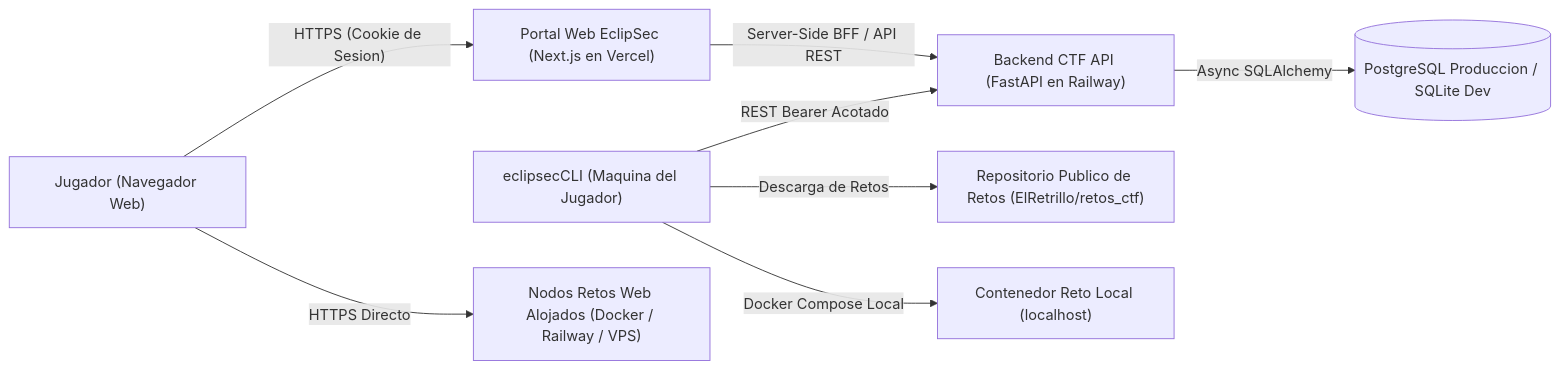
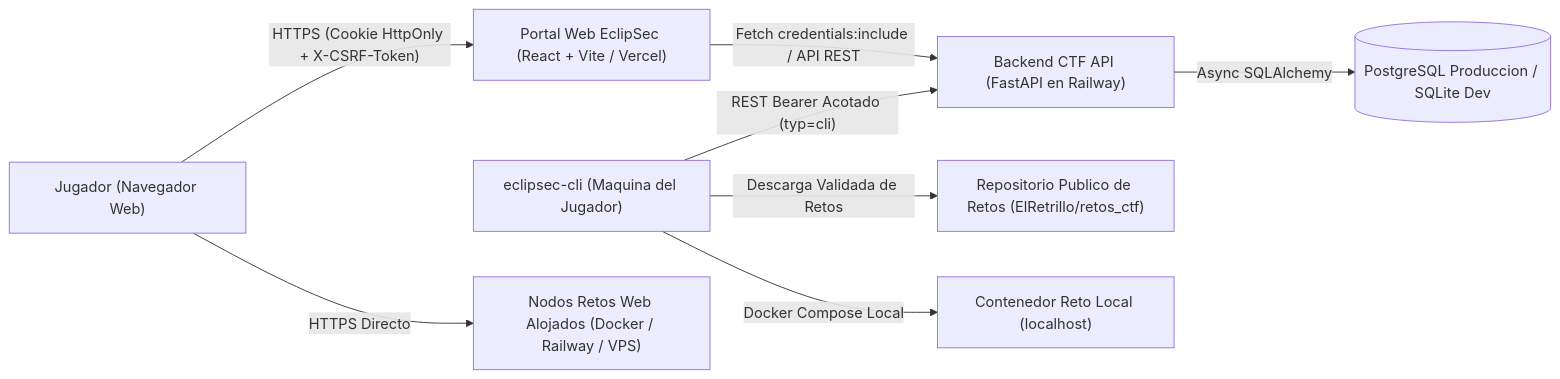
One commit to ElRetrillo/academiahacking_ucncqbo changed the first of 4 diagrams in docs/ARCHITECTURE.md. Above: the diagram before and after it, drawn with Mermaid. The commit also changed other lines of this file and 3 other files, not shown here.

Commit message:
docs(architecture,audit): documentar integracion multi-repositorio Fase 6 con frontend y CLI

````diff
--- a/docs/ARCHITECTURE.md
+++ b/docs/ARCHITECTURE.md
@@ -11,12 +11,12 @@
 ```mermaid
 flowchart LR
-    Player["Jugador (Navegador Web)"] -->|"HTTPS (Cookie de Sesion)"| Frontend["Portal Web EclipSec (Next.js en Vercel)"]
-    Frontend -->|"Server-Side BFF / API REST"| Backend["Backend CTF API (FastAPI en Railway)"]
+    Player["Jugador (Navegador Web)"] -->|"HTTPS (Cookie HttpOnly + X-CSRF-Token)"| Frontend["Portal Web EclipSec (React + Vite / Vercel)"]
+    Frontend -->|"Fetch credentials:include / API REST"| Backend["Backend CTF API (FastAPI en Railway)"]
     Backend -->|"Async SQLAlchemy"| Database[("PostgreSQL Produccion / SQLite Dev")]
 
-    Cli["eclipsecCLI (Maquina del Jugador)"] -->|"REST Bearer Acotado"| Backend
-    Cli -->|"Descarga de Retos"| ChallengeRepo["Repositorio Publico de Retos (ElRetrillo/retos_ctf)"]
+    Cli["eclipsec-cli (Maquina del Jugador)"] -->|"REST Bearer Acotado (typ=cli)"| Backend
+    Cli -->|"Descarga Validada de Retos"| ChallengeRepo["Repositorio Publico de Retos (ElRetrillo/retos_ctf)"]
     Cli -->|"Docker Compose Local"| LocalSandbox["Contenedor Reto Local (localhost)"]
 
     Player -->|"HTTPS Directo"| HostedNodes["Nodos Retos Web Alojados (Docker / Railway / VPS)"]
 ```
````
